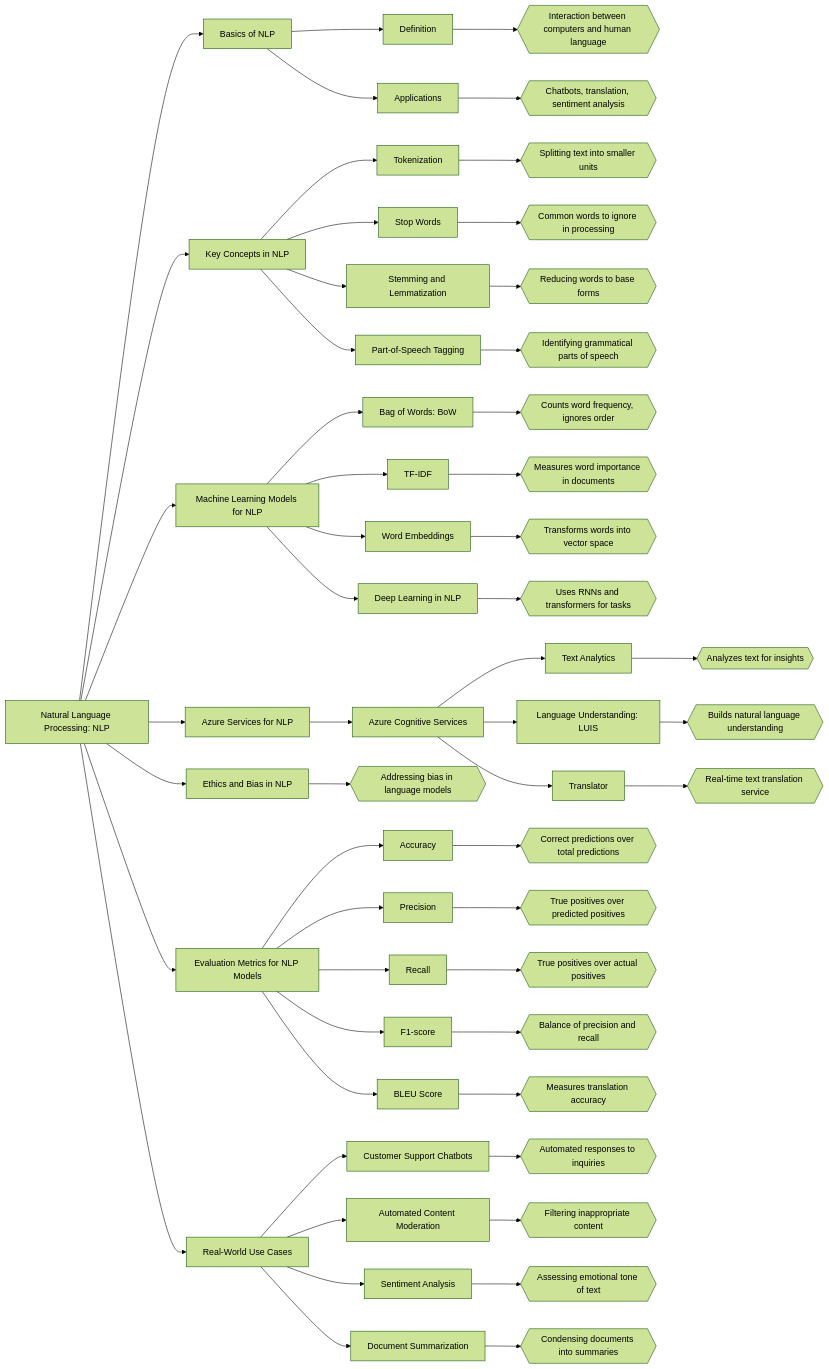
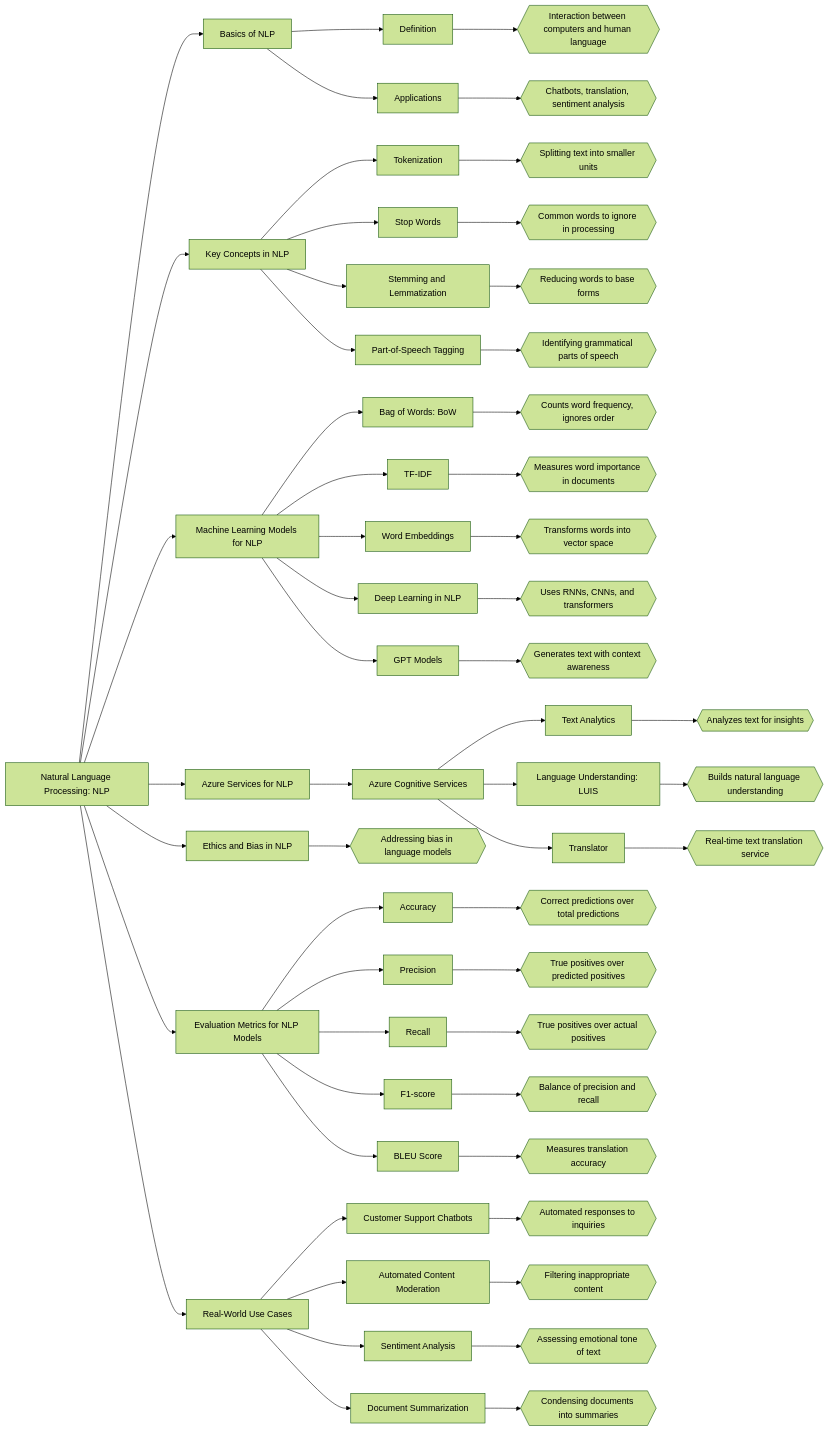
The diagram in docs/certifications/natural-language-processing.md (matthewww/cloud-lab-chronicles), drawn with Mermaid (forest theme) before and after one commit.

````diff
--- a/docs/certifications/natural-language-processing.md
+++ b/docs/certifications/natural-language-processing.md
@@ -1,79 +1,83 @@
 ```mermaid
 graph LR;
     A[Natural Language Processing: NLP] --> B[Basics of NLP]
     B --> B1[Definition]
     B1 --> B1_EXP{{"Interaction between computers and human language"}}
     
     B --> B2[Applications]
     B2 --> B2_EXP{{"Chatbots, translation, sentiment analysis"}}
 
     A --> C[Key Concepts in NLP]
     C --> C1[Tokenization]
     C1 --> C1_EXP{{"Splitting text into smaller units"}}
 
     C --> C2[Stop Words]
     C2 --> C2_EXP{{"Common words to ignore in processing"}}
 
     C --> C3[Stemming and Lemmatization]
     C3 --> C3_EXP{{"Reducing words to base forms"}}
 
     C --> C4[Part-of-Speech Tagging]
     C4 --> C4_EXP{{"Identifying grammatical parts of speech"}}
 
     A --> D[Machine Learning Models for NLP]
     D --> D1[Bag of Words: BoW]
     D1 --> D1_EXP{{"Counts word frequency, ignores order"}}
 
     D --> D2[TF-IDF]
     D2 --> D2_EXP{{"Measures word importance in documents"}}
 
     D --> D3[Word Embeddings]
     D3 --> D3_EXP{{"Transforms words into vector space"}}
 
     D --> D4[Deep Learning in NLP]
-    D4 --> D4_EXP{{"Uses RNNs and transformers for tasks"}}
+    D4 --> D4_EXP{{"Uses RNNs, CNNs, and transformers"}}
+
+    D --> D5[GPT Models]
+    D5 --> D5_EXP{{"Generates text with context awareness"}}
 
     A --> E[Azure Services for NLP]
     E --> E1[Azure Cognitive Services]
     
     E1 --> E1A[Text Analytics]
     E1A --> E1A_EXP{{"Analyzes text for insights"}}
 
     E1 --> E1B[Language Understanding: LUIS]
     E1B --> E1B_EXP{{"Builds natural language understanding"}}
 
     E1 --> E1C[Translator]
     E1C --> E1C_EXP{{"Real-time text translation service"}}
 
     A --> F[Ethics and Bias in NLP]
     F --> F_EXP{{"Addressing bias in language models"}}
 
     A --> G[Evaluation Metrics for NLP Models]
     G --> G1[Accuracy]
     G1 --> G1_EXP{{"Correct predictions over total predictions"}}
 
     G --> G2[Precision]
     G2 --> G2_EXP{{"True positives over predicted positives"}}
 
     G --> G3[Recall]
     G3 --> G3_EXP{{"True positives over actual positives"}}
 
     G --> G4[F1-score]
     G4 --> G4_EXP{{"Balance of precision and recall"}}
 
     G --> G5[BLEU Score]
     G5 --> G5_EXP{{"Measures translation accuracy"}}
 
     A --> H[Real-World Use Cases]
     H --> H1[Customer Support Chatbots]
     H1 --> H1_EXP{{"Automated responses to inquiries"}}
 
     H --> H2[Automated Content Moderation]
     H2 --> H2_EXP{{"Filtering inappropriate content"}}
 
     H --> H3[Sentiment Analysis]
     H3 --> H3_EXP{{"Assessing emotional tone of text"}}
 
     H --> H4[Document Summarization]
     H4 --> H4_EXP{{"Condensing documents into summaries"}}
+
 ```
````
